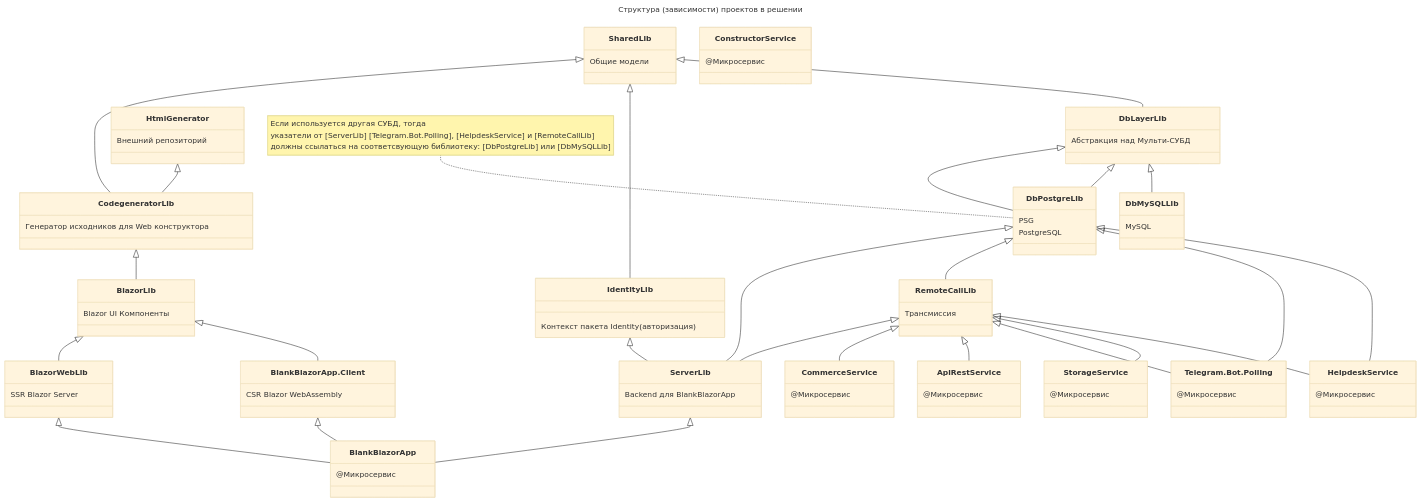
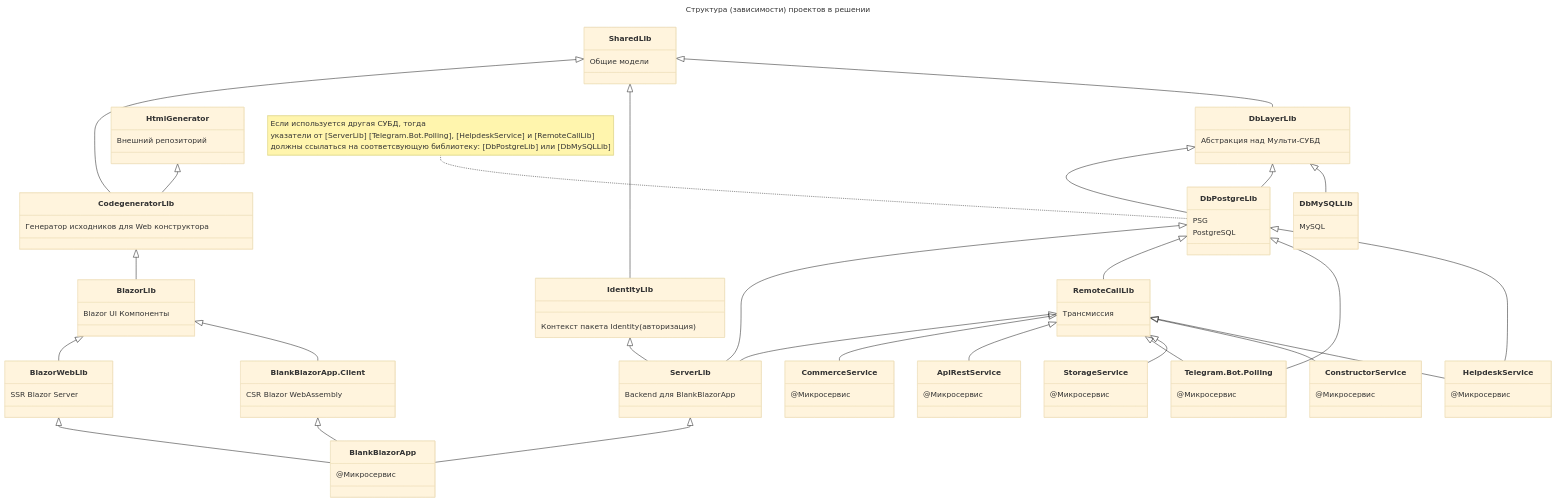
The diagram in README.md (badhitman/DesignerApp), drawn with Mermaid (base theme) before and after one commit.

```diff
--- a/README.md
+++ b/README.md
@@ -38,6 +38,7 @@
     RemoteCallLib <|-- Telegram_Bot_Polling
 	DbPostgreLib <|-- Telegram_Bot_Polling
     RemoteCallLib <|-- StorageService
+    RemoteCallLib <|-- ConstructorService
     RemoteCallLib <|-- HelpdeskService
 	DbPostgreLib <|-- HelpdeskService
     BlazorLib <|-- BlazorWebLib
```
